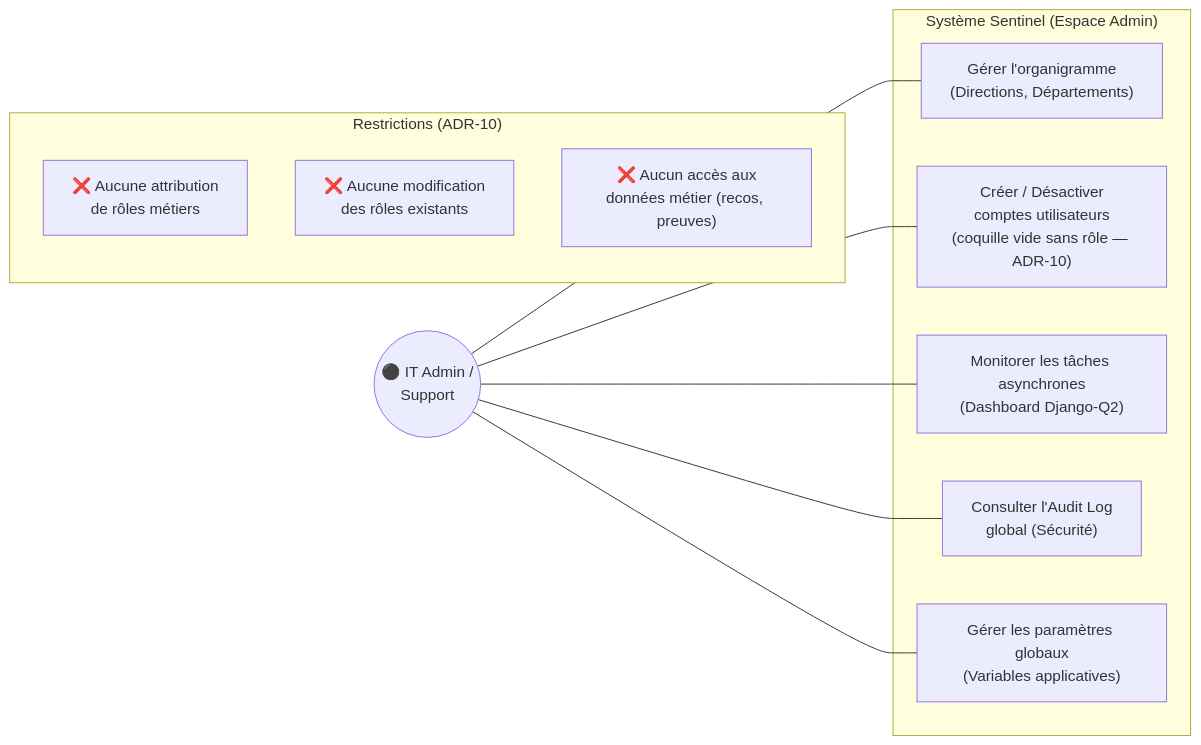
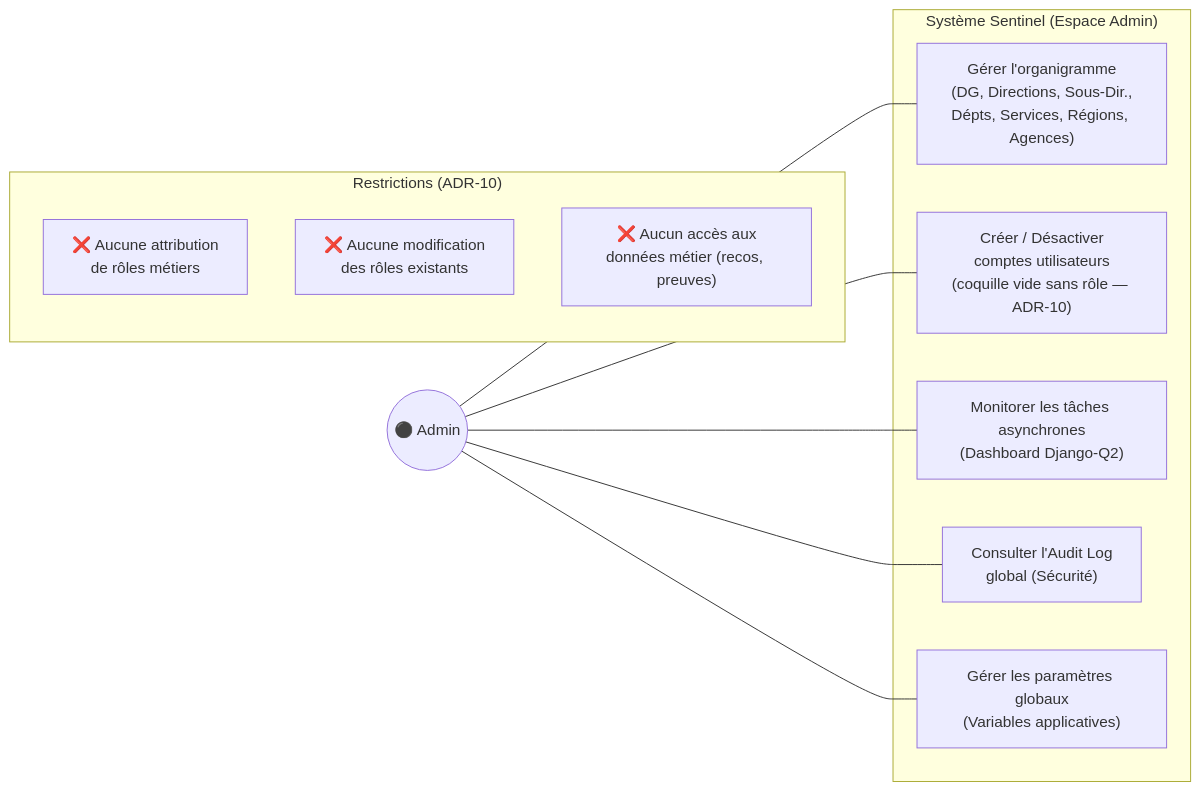
One commit to Tchendjou2003/bicec--Sentinel changed the ninth of 24 diagrams in _bmad-output/planning-artifacts/architecture-v2.md. Above: the diagram before and after it, drawn with Mermaid. The commit also changed other lines of this file and 59 other files, not shown here.

````diff
--- a/_bmad-output/planning-artifacts/architecture-v2.md
+++ b/_bmad-output/planning-artifacts/architecture-v2.md
@@ -884,24 +884,24 @@
 ```mermaid
 flowchart LR
     subgraph "Système Sentinel (Espace Admin)"
-        UC1["Gérer l'organigramme\n(Directions, Départements)"]
+        UC1["Gérer l'organigramme\n(DG, Directions, Sous-Dir.,\nDépts, Services, Régions, Agences)"]
         UC2["Créer / Désactiver\ncomptes utilisateurs\n(coquille vide sans rôle — ADR-10)"]
         UC3["Monitorer les tâches asynchrones\n(Dashboard Django-Q2)"]
         UC4["Consulter l'Audit Log\nglobal (Sécurité)"]
         UC5["Gérer les paramètres globaux\n(Variables applicatives)"]
     end
 
     subgraph "Restrictions (ADR-10)"
         R1["❌ Aucune attribution\nde rôles métiers"]
         R2["❌ Aucune modification\ndes rôles existants"]
         R3["❌ Aucun accès aux\ndonnées métier (recos, preuves)"]
     end
 
-    RSSI(("⚫ IT Admin /\nSupport"))
+    ADMIN(("⚫ Admin"))
 
-    RSSI --- UC1
-    RSSI --- UC2
-    RSSI --- UC3
-    RSSI --- UC4
-    RSSI --- UC5
+    ADMIN --- UC1
+    ADMIN --- UC2
+    ADMIN --- UC3
+    ADMIN --- UC4
+    ADMIN --- UC5
 ```
````
